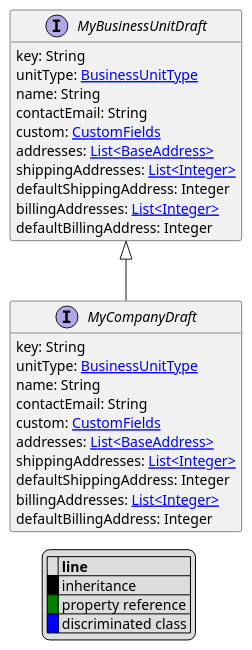
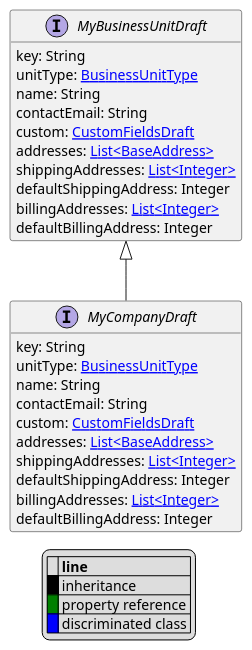
One commit to commercetools/commercetools-api-reference changed the diagram in uml/api/MyCompanyDraft.puml. Above: the diagram before and after it, drawn with PlantUML. The commit also changed 16 other files, not shown here.

```diff
--- a/uml/api/MyCompanyDraft.puml
+++ b/uml/api/MyCompanyDraft.puml
@@ -1,40 +1,40 @@
 @startuml
 
 hide empty fields
 hide empty methods
 legend
 |= |= line |
 |<back:black>   </back>| inheritance |
 |<back:green>   </back>| property reference |
 |<back:blue>   </back>| discriminated class |
 endlegend
 interface MyCompanyDraft [[MyCompanyDraft.svg]] extends MyBusinessUnitDraft {
     key: String
     unitType: [[BusinessUnitType.svg BusinessUnitType]]
     name: String
     contactEmail: String
-    custom: [[CustomFields.svg CustomFields]]
+    custom: [[CustomFieldsDraft.svg CustomFieldsDraft]]
     addresses: [[BaseAddress.svg List<BaseAddress>]]
     shippingAddresses: [[Integer.svg List<Integer>]]
     defaultShippingAddress: Integer
     billingAddresses: [[Integer.svg List<Integer>]]
     defaultBillingAddress: Integer
 }
 interface MyBusinessUnitDraft [[MyBusinessUnitDraft.svg]]  {
     key: String
     unitType: [[BusinessUnitType.svg BusinessUnitType]]
     name: String
     contactEmail: String
-    custom: [[CustomFields.svg CustomFields]]
+    custom: [[CustomFieldsDraft.svg CustomFieldsDraft]]
     addresses: [[BaseAddress.svg List<BaseAddress>]]
     shippingAddresses: [[Integer.svg List<Integer>]]
     defaultShippingAddress: Integer
     billingAddresses: [[Integer.svg List<Integer>]]
     defaultBillingAddress: Integer
 }
 
 
 
 
 
 @enduml
```
